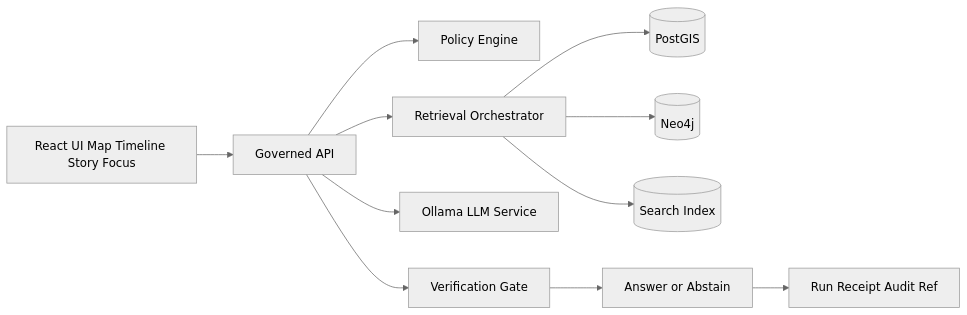
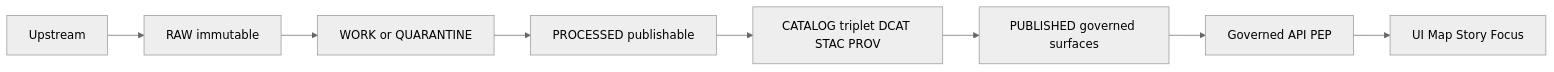
Before and after one commit to bartytime4life/Kansas-Frontier-Matrix: the first of 3 diagrams in docs/MASTER_GUIDE_v13.md, drawn with Mermaid (neutral theme). The commit also changed other lines of this file, not shown here.

````diff
--- a/docs/MASTER_GUIDE_v13.md
+++ b/docs/MASTER_GUIDE_v13.md
@@ -107,13 +123,11 @@
 ```mermaid
 flowchart LR
-  UI[React UI Map Timeline Story Focus] --> API[Governed API]
-  API --> OPA[Policy Engine]
-  API --> RET[Retrieval Orchestrator]
-  RET --> PG[(PostGIS)]
-  RET --> N4J[(Neo4j)]
-  RET --> IDX[(Search Index)]
-  API --> LLM[Ollama LLM Service]
-  API --> V[Verification Gate]
-  V --> OUT[Answer or Abstain]
-  OUT --> AUD[Run Receipt Audit Ref]
+  Up[Upstream] --> RAW[RAW immutable]
+  RAW --> WORK[WORK or QUARANTINE]
+  WORK --> PROCESSED[PROCESSED publishable]
+  PROCESSED --> CATALOG[CATALOG triplet DCAT STAC PROV]
+  CATALOG --> PUB[PUBLISHED governed surfaces]
+
+  PUB --> API[Governed API PEP]
+  API --> UI[UI Map Story Focus]
 ```
````
